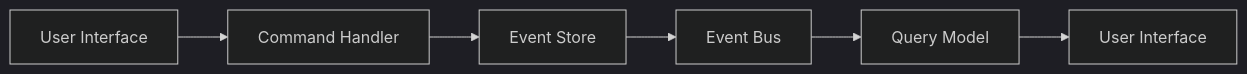
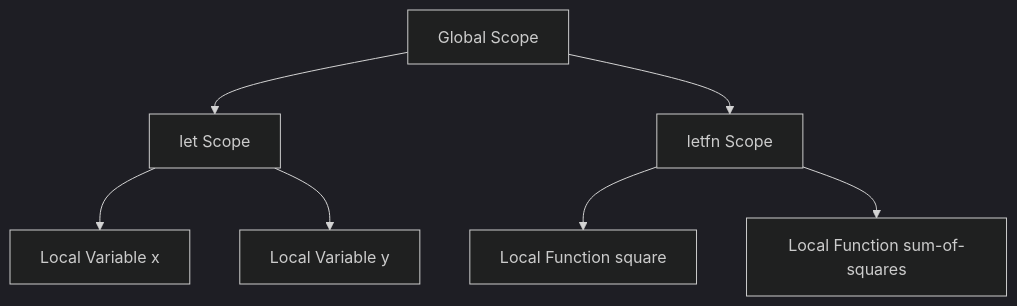
The diagram in content/patterns-clojure/5/2/index.md (MasteryEducation/SoftwarePatternsLexicon.com), drawn with Mermaid (dark theme) before and after one commit. The commit also changed other lines of this file and 462 other files, not shown here.

````diff
--- a/content/patterns-clojure/5/2/index.md
+++ b/content/patterns-clojure/5/2/index.md
@@ -95,8 +110,9 @@
 ```mermaid
-graph LR
-    A[User Interface] --> B[Command Handler]
-    B --> C[Event Store]
-    C --> D[Event Bus]
-    D --> E[Query Model]
-    E --> F[User Interface]
+graph TD;
+    A[Global Scope] --> B[let Scope]
+    B --> C[Local Variable x]
+    B --> D[Local Variable y]
+    A --> E[letfn Scope]
+    E --> F[Local Function square]
+    E --> G[Local Function sum-of-squares]
 ```
````
